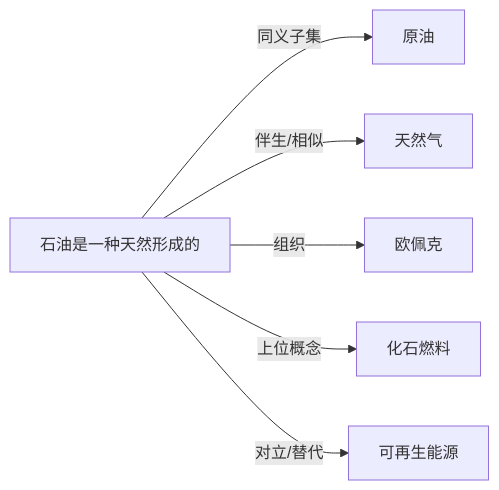
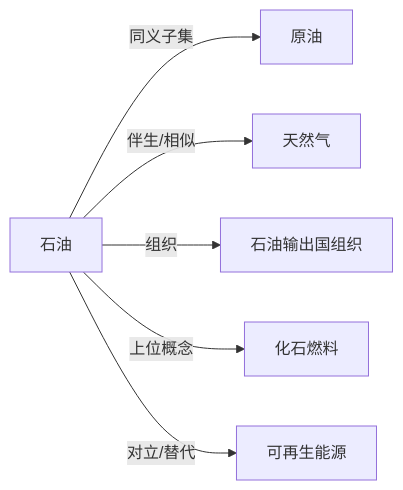
One commit to KIMMCHOW/MyKnowledge changed the diagram in Knowledge/Concepts/经济/石油.md. Above: the diagram before and after it, drawn with Mermaid. The commit also changed 96 other files, not shown here.

Commit message:
fix: 修复概念页关系图节点并补齐缺失关联

````diff
--- a/Knowledge/Concepts/经济/石油.md
+++ b/Knowledge/Concepts/经济/石油.md
@@ -46,8 +46,8 @@
 ```mermaid
 graph LR
-    石油是一种天然形成的 -->|同义子集| 原油
-    石油是一种天然形成的 -->|伴生/相似| 天然气
-    石油是一种天然形成的 -->|组织| 欧佩克
-    石油是一种天然形成的 -->|上位概念| 化石燃料
-    石油是一种天然形成的 -->|对立/替代| 可再生能源
+石油 -->|同义子集| 原油
+石油 -->|伴生/相似| 天然气
+石油 -->|组织| 石油输出国组织
+石油 -->|上位概念| 化石燃料
+石油 -->|对立/替代| 可再生能源
 ```
````
